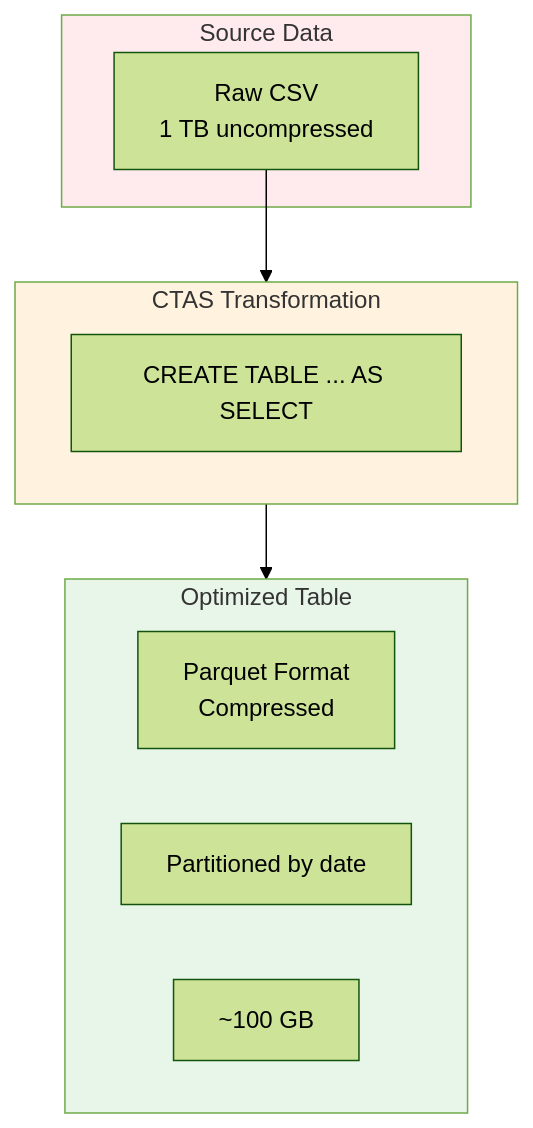
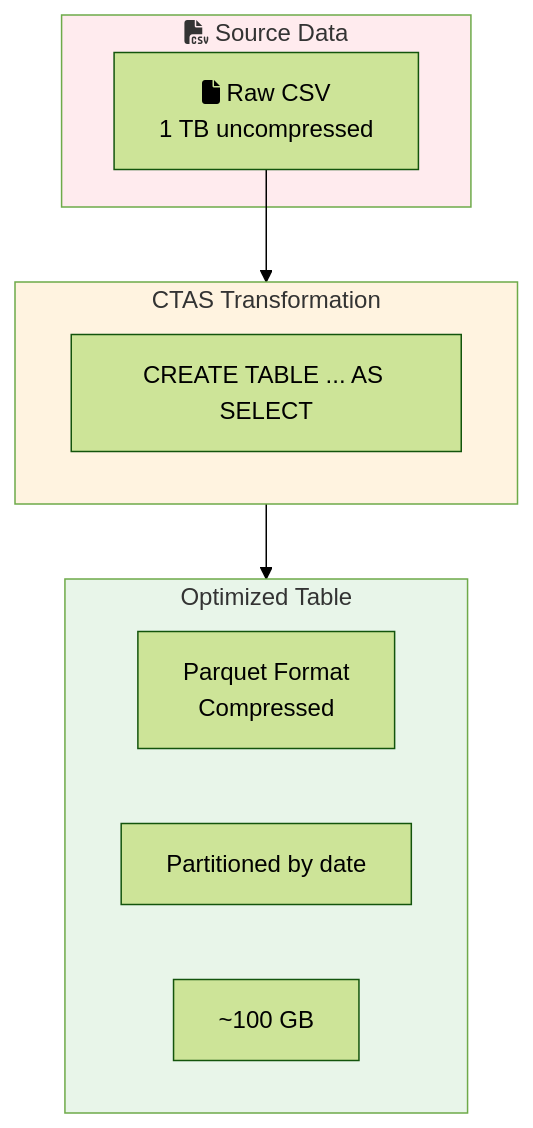
Before and after one commit to vinu76jsr/aws-sample-projects: the third of 3 diagrams in aws-ml-associate-prep/15-athena-analysis/LAB.md, drawn with Mermaid (forest theme). The commit also changed other lines of this file and 15 other files, not shown here.

First line of the commit message:
Add Font Awesome icons to all Mermaid diagrams

````diff
--- a/aws-ml-associate-prep/15-athena-analysis/LAB.md
+++ b/aws-ml-associate-prep/15-athena-analysis/LAB.md
@@ -70,23 +70,23 @@
 ```mermaid
 flowchart TB
-    subgraph Source["Source Data"]
-        CSV[Raw CSV<br/>1 TB uncompressed]
+    subgraph Source["fa:fa-file-csv Source Data"]
+        CSV[fa:fa-file Raw CSV<br/>1 TB uncompressed]
     end
 
     subgraph CTAS["CTAS Transformation"]
         Query["CREATE TABLE ... AS SELECT"]
     end
 
     subgraph Target["Optimized Table"]
         Parquet[Parquet Format<br/>Compressed]
         Part[Partitioned by date]
         100GB[~100 GB]
     end
 
     CSV --> CTAS
     CTAS --> Target
 
     style Source fill:#ffebee
     style CTAS fill:#fff3e0
     style Target fill:#e8f5e9
 ```
````
